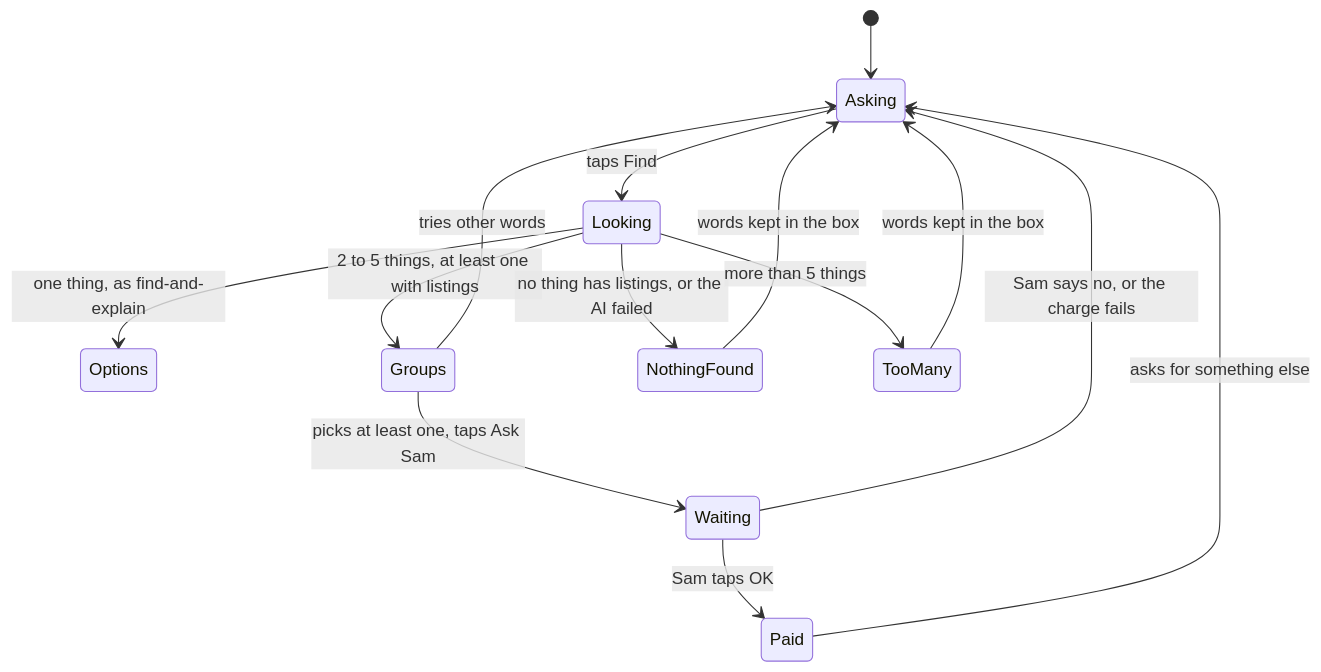
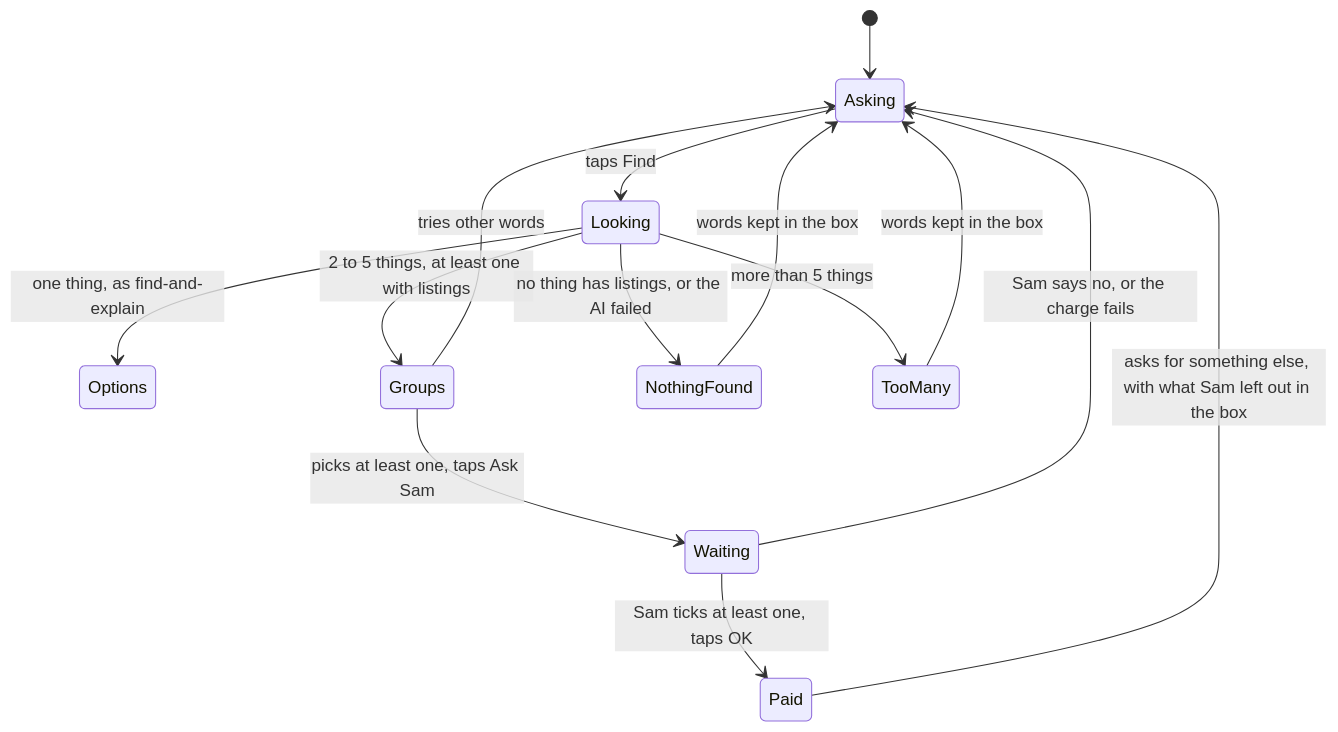
Before and after one commit to dzaffren/kincart: the second of 3 diagrams in docs/specs/basket.md, drawn with Mermaid. The commit also changed other lines of this file and 7 other files, not shown here.

````diff
--- a/docs/specs/basket.md
+++ b/docs/specs/basket.md
@@ -49,16 +50,16 @@
 ```mermaid
 stateDiagram-v2
     [*] --> Asking
     Asking --> Looking: taps Find
     Looking --> Options: one thing, as find-and-explain
     Looking --> Groups: 2 to 5 things, at least one with listings
     Looking --> NothingFound: no thing has listings, or the AI failed
     Looking --> TooMany: more than 5 things
     NothingFound --> Asking: words kept in the box
     TooMany --> Asking: words kept in the box
     Groups --> Asking: tries other words
     Groups --> Waiting: picks at least one, taps Ask Sam
-    Waiting --> Paid: Sam taps OK
+    Waiting --> Paid: Sam ticks at least one, taps OK
     Waiting --> Asking: Sam says no, or the charge fails
-    Paid --> Asking: asks for something else
+    Paid --> Asking: asks for something else, with what Sam left out in the box
 ```
````
